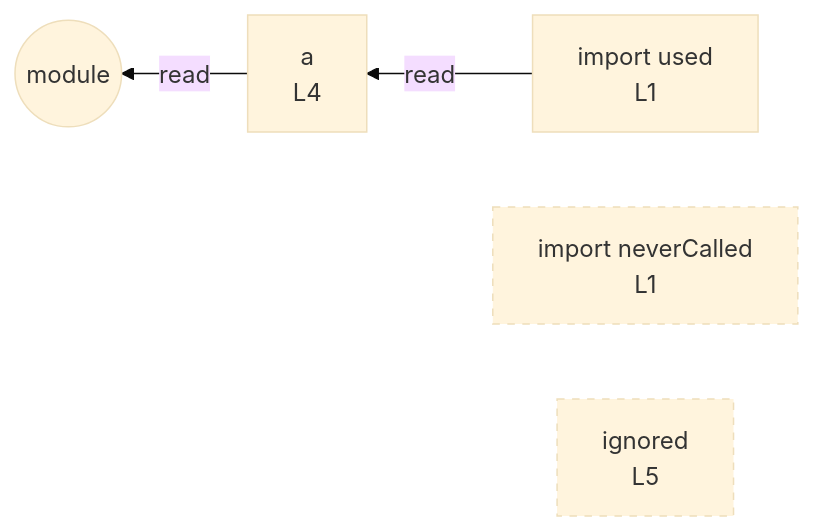
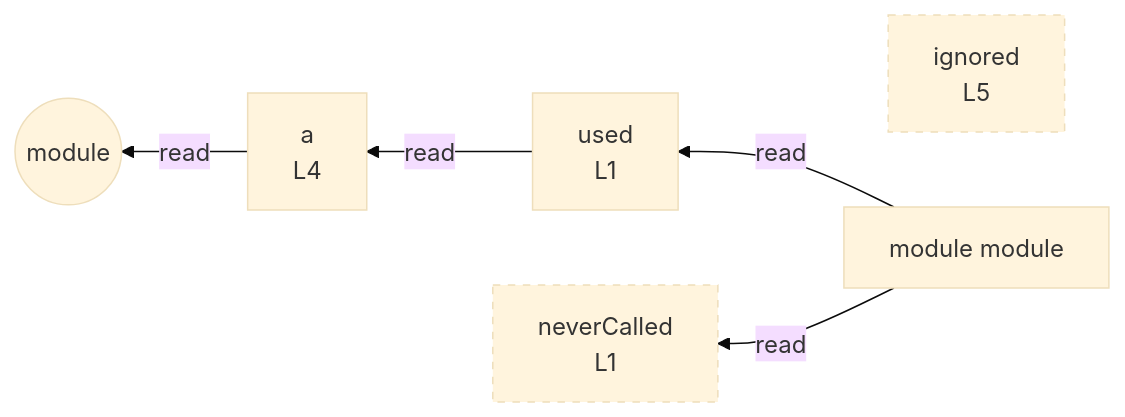
The diagram in integration/fixtures/unused-and-var/preview.md (crescware/unsnarl), drawn with Mermaid (base theme) before and after one commit. The commit also changed 21 other files, not shown here.

````diff
--- a/integration/fixtures/unused-and-var/preview.md
+++ b/integration/fixtures/unused-and-var/preview.md
@@ -17,13 +17,16 @@
 ```mermaid
 flowchart RL
-  n_scope_0_used_9["import used<br/>L1"]
-  n_scope_0_neverCalled_15["import neverCalled<br/>L1"]
+  n_scope_0_used_9["used<br/>L1"]
+  n_scope_0_neverCalled_15["neverCalled<br/>L1"]
   n_scope_0_a_67["a<br/>L4"]
   n_scope_0_ignored_83["ignored<br/>L5"]
   n_scope_0_used_9 -->|read| n_scope_0_a_67
   n_scope_0_a_67 -->|read| module_root
   module_root((module))
+  mod_module["module module"]
+  mod_module -->|read| n_scope_0_used_9
+  mod_module -->|read| n_scope_0_neverCalled_15
   classDef unused stroke-dasharray: 5 5;
   class n_scope_0_neverCalled_15 unused;
   class n_scope_0_ignored_83 unused;
 ```
````
